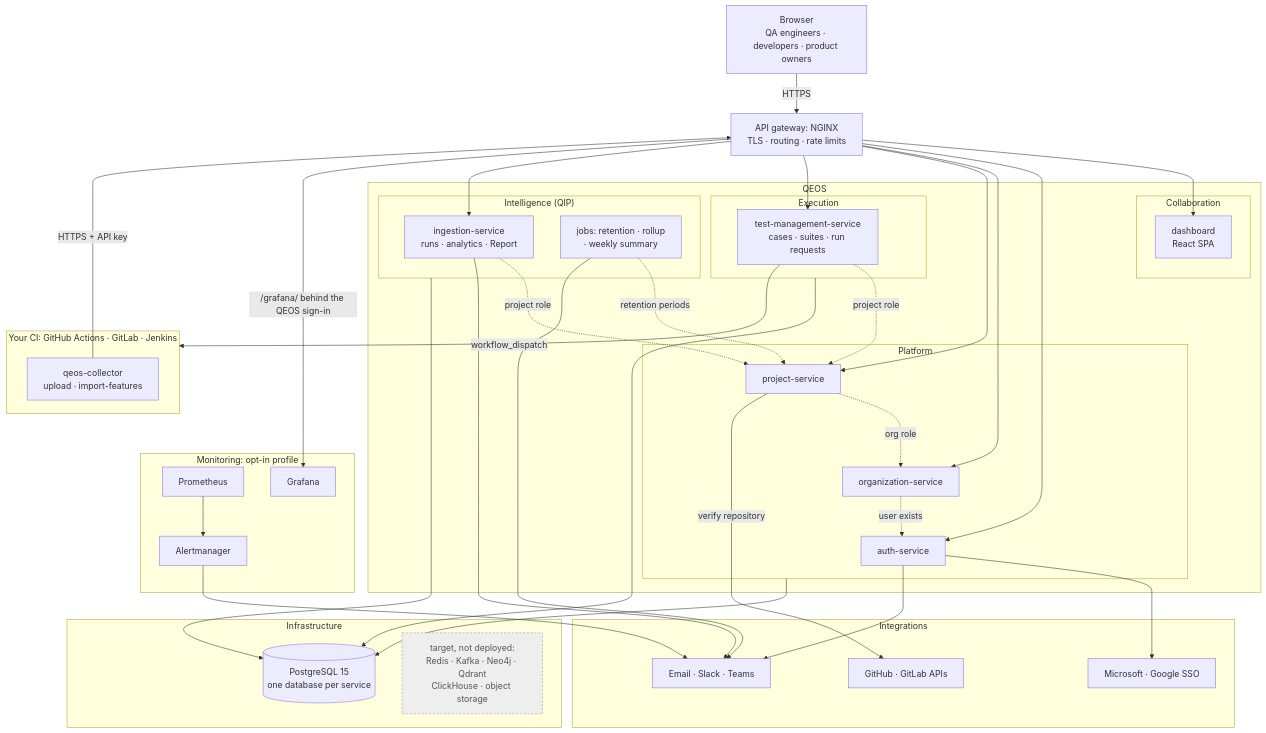
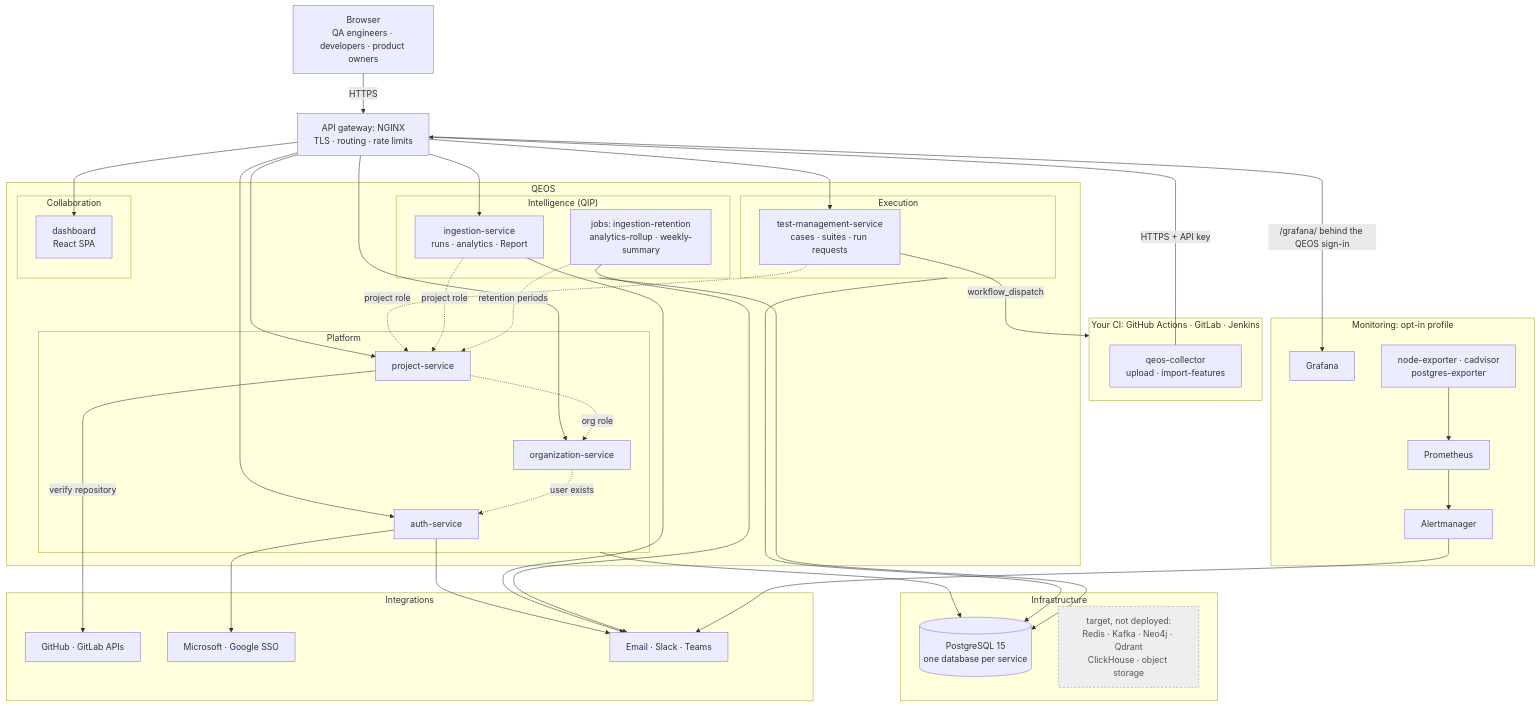
One commit to atriis/Atriis.QEOS changed the diagram in README.md. Above: the diagram before and after it, drawn with Mermaid. The commit also changed other lines of this file and 4 other files, not shown here.

First line of the commit message:
ci: check the architecture docs against the stack

````diff
--- a/README.md
+++ b/README.md
@@ -107,61 +107,62 @@
 ```mermaid
 flowchart TB
     Browser["Browser<br/>QA engineers · developers · product owners"]
     subgraph CI["Your CI: GitHub Actions · GitLab · Jenkins"]
         COL["qeos-collector<br/>upload · import-features"]
     end
     Browser -->|HTTPS| GW
     COL -->|HTTPS + API key| GW
     GW["API gateway: NGINX<br/>TLS · routing · rate limits"]
 
     subgraph QEOS["QEOS"]
         subgraph PLAT["Platform"]
             AUTH[auth-service]
             ORG[organization-service]
             PROJ[project-service]
         end
         subgraph EXEC["Execution"]
             TM["test-management-service<br/>cases · suites · run requests"]
         end
         subgraph QIP["Intelligence (QIP)"]
             ING["ingestion-service<br/>runs · analytics · Report"]
-            JOBS["jobs: retention · rollup<br/>· weekly summary"]
+            JOBS["jobs: ingestion-retention<br/>analytics-rollup · weekly-summary"]
         end
         subgraph COLLAB["Collaboration"]
             DASH["dashboard<br/>React SPA"]
         end
     end
     GW --> DASH
     GW --> AUTH & ORG & PROJ
     GW --> TM & ING
     ORG -.->|user exists| AUTH
     PROJ -.->|org role| ORG
     TM & ING -.->|project role| PROJ
     JOBS -.->|retention periods| PROJ
 
     subgraph INFRA["Infrastructure"]
         PG[("PostgreSQL 15<br/>one database per service")]
         TARGET["target, not deployed:<br/>Redis · Kafka · Neo4j · Qdrant<br/>ClickHouse · object storage"]
     end
     PLAT & EXEC & QIP --> PG
 
     subgraph INTEG["Integrations"]
         GH["GitHub · GitLab APIs"]
         IDP["Microsoft · Google SSO"]
         NOTIFY["Email · Slack · Teams"]
     end
     TM -->|workflow_dispatch| CI
     PROJ -->|verify repository| GH
     AUTH --> IDP
     AUTH & ING & JOBS --> NOTIFY
 
     subgraph MON["Monitoring: opt-in profile"]
         PROM[Prometheus] --> AM[Alertmanager]
         GRAF[Grafana]
+        EXP["node-exporter · cadvisor<br/>postgres-exporter"] --> PROM
     end
     GW -->|/grafana/ behind the QEOS sign-in| GRAF
     AM --> NOTIFY
 
     classDef target fill:#eee,stroke:#999,stroke-dasharray:4 3,color:#555
     class TARGET target
 ```
````
